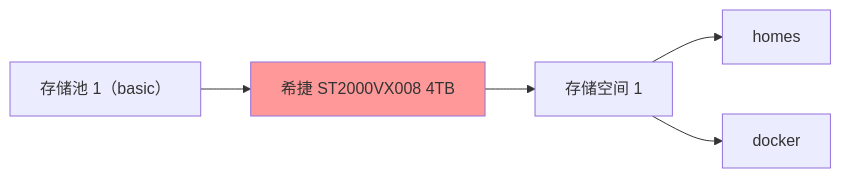
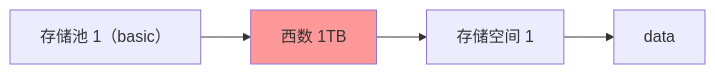
Before and after one commit to cxbdasheng/AIO: the first of 3 diagrams in docs/synology/design.md, drawn with Mermaid. The commit also changed other lines of this file and 6 other files, not shown here.

````diff
--- a/docs/synology/design.md
+++ b/docs/synology/design.md
@@ -23,8 +23,7 @@
 ```mermaid
 graph LR
-    A[存储池 1（basic）] -->B[希捷 ST2000VX008 4TB]
-    B -->C[存储空间 1]
-    C-->D[homes]
-    C-->E[docker]
+    A[存储池 1（basic）] -->B[西数 1TB]
+    B --> C[存储空间 1]
+    C-->D[data]
      style B fill:#ff9999
 ```
````
